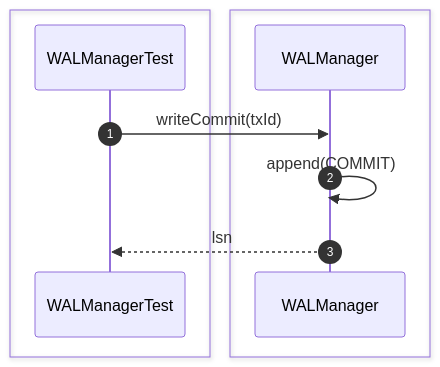
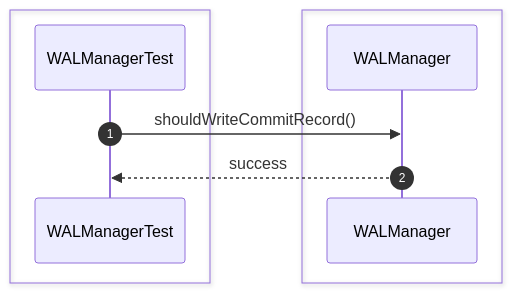
The sixth of 28 diagrams in src/sequence/recovery.md (Huy1801214/dbms-architecture), drawn with Mermaid before and after one commit. The commit also changed other lines of this file and 68 other files, not shown here.

Commit message:
implement comprehensive unit test suite and architectural sequence documentation

````diff
--- a/src/sequence/recovery.md
+++ b/src/sequence/recovery.md
@@ -93,15 +81,13 @@
 ```mermaid
 sequenceDiagram
     autonumber
-
     box #e1f5fe Test Suite
     participant Test as WALManagerTest
     end
-    box #ffebee Recovery Components
-    participant WAL as WALManager
+    box #ffebee WALManager Component
+    participant WALM as WALManager
     end
 
-    Test->>WAL: writeCommit(txId)
-    WAL->>WAL: append(COMMIT)
-    WAL-->>Test: lsn
+    Test->>WALM: shouldWriteCommitRecord()
+    WALM-->>Test: success
 ```
````
